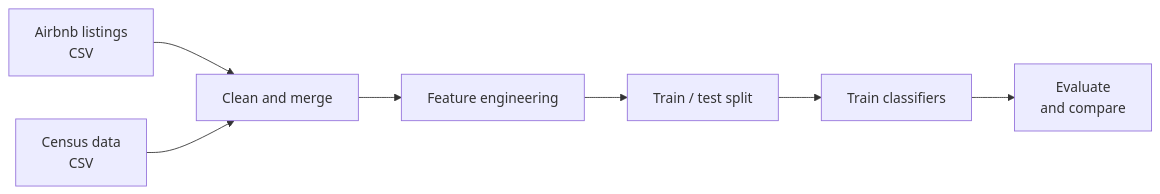
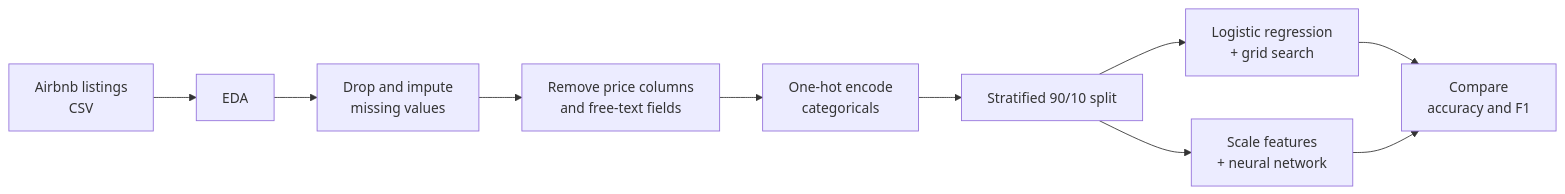
The diagram in README.md (NehaM2025/airbnb-price-category-predictor), drawn with Mermaid before and after one commit. The commit also changed other lines of this file, not shown here.

````diff
--- a/README.md
+++ b/README.md
@@ -42,9 +43,12 @@
 ```mermaid
 flowchart LR
-    A[Airbnb listings<br/>CSV] --> C[Clean and merge]
-    B[Census data<br/>CSV] --> C
-    C --> D[Feature engineering]
-    D --> E[Train / test split]
-    E --> F[Train classifiers]
-    F --> G[Evaluate<br/>and compare]
+    A[Airbnb listings<br/>CSV] --> B[EDA]
+    B --> C[Drop and impute<br/>missing values]
+    C --> D[Remove price columns<br/>and free-text fields]
+    D --> E[One-hot encode<br/>categoricals]
+    E --> F[Stratified 90/10 split]
+    F --> G[Logistic regression<br/>+ grid search]
+    F --> H[Scale features<br/>+ neural network]
+    G --> I[Compare<br/>accuracy and F1]
+    H --> I
 ```
````
